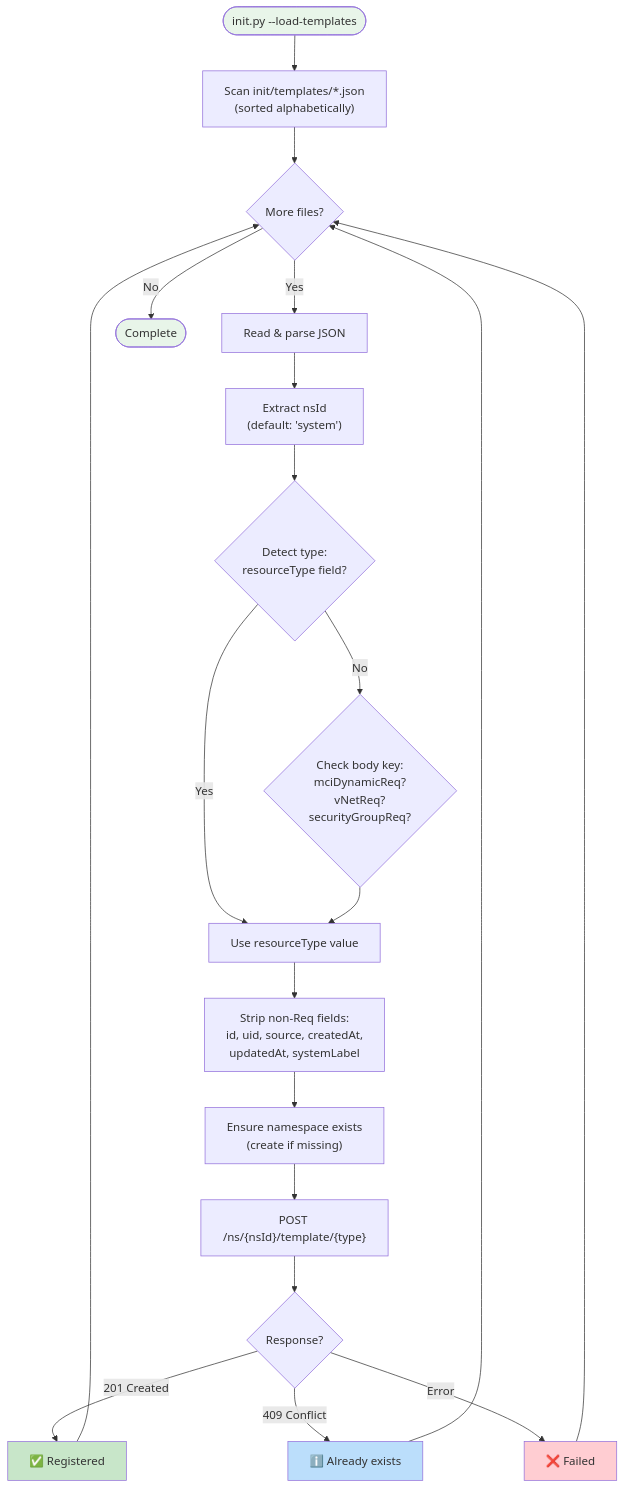
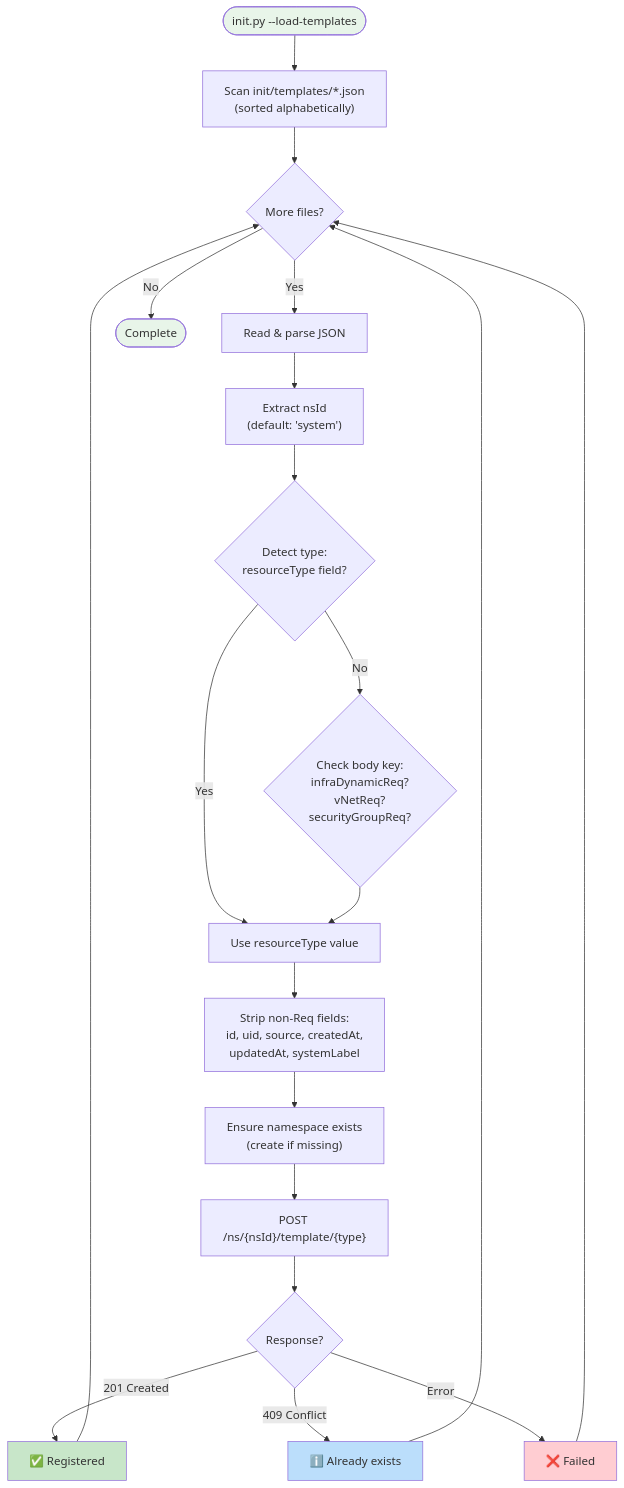
One commit to cloud-barista/cb-tumblebug changed the fifth of 5 diagrams in docs/feature_guide/resource-template-management.md. Above: the diagram before and after it, drawn with Mermaid. The commit also changed other lines of this file and 197 other files, not shown here.

Commit message:
Refactor MIC and SubGroup to Infra and NodeGroup

````diff
--- a/docs/feature_guide/resource-template-management.md
+++ b/docs/feature_guide/resource-template-management.md
@@ -542,33 +542,33 @@
 ```mermaid
 flowchart TD
     Start([init.py --load-templates]) --> Scan["Scan init/templates/*.json<br/>(sorted alphabetically)"]
     Scan --> Loop{More files?}
 
     Loop -->|Yes| Read[Read & parse JSON]
     Read --> DetectNs["Extract nsId<br/>(default: 'system')"]
     DetectNs --> DetectType{"Detect type:<br/>resourceType field?"}
 
     DetectType -->|Yes| UseField[Use resourceType value]
-    DetectType -->|No| CheckBody{"Check body key:<br/>mciDynamicReq?<br/>vNetReq?<br/>securityGroupReq?"}
+    DetectType -->|No| CheckBody{"Check body key:<br/>infraDynamicReq?<br/>vNetReq?<br/>securityGroupReq?"}
     CheckBody --> UseField
 
     UseField --> Strip["Strip non-Req fields:<br/>id, uid, source, createdAt,<br/>updatedAt, systemLabel"]
     Strip --> EnsureNs["Ensure namespace exists<br/>(create if missing)"]
     EnsureNs --> Post["POST /ns/{nsId}/template/{type}"]
 
     Post --> Result{Response?}
     Result -->|201 Created| Success["✅ Registered"]
     Result -->|409 Conflict| Exists["ℹ️ Already exists"]
     Result -->|Error| Fail["❌ Failed"]
 
     Success --> Loop
     Exists --> Loop
     Fail --> Loop
     Loop -->|No| Done([Complete])
 
     style Start fill:#e8f5e9
     style Done fill:#e8f5e9
     style Success fill:#c8e6c9
     style Exists fill:#bbdefb
     style Fail fill:#ffcdd2
 ```
````
